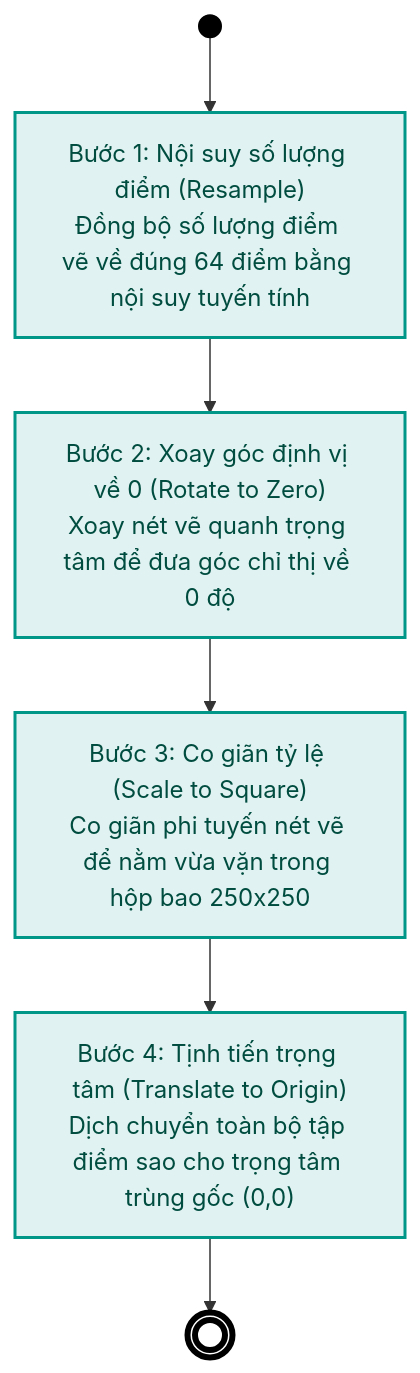
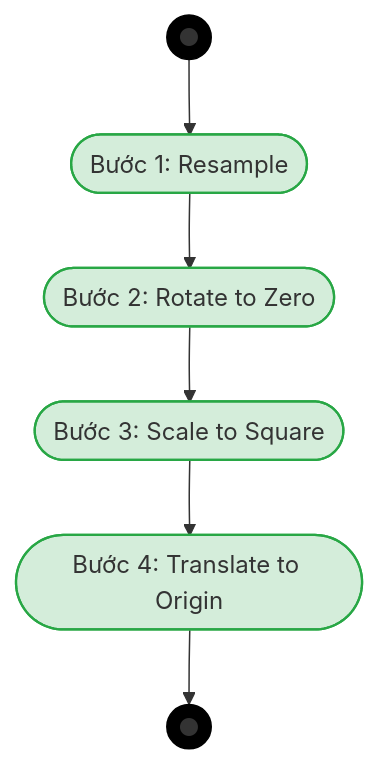
Before and after one commit to MinhTrinh04/ASL: the diagram in docs/DATN/10-Chương_3_Nền_tảng_lý_thuyết_và_công_nghệ.md, drawn with Mermaid.

Commit message:
update 3.3 diagram

````diff
--- a/docs/DATN/10-Chương_3_Nền_tảng_lý_thuyết_và_công_nghệ.md
+++ b/docs/DATN/10-Chương_3_Nền_tảng_lý_thuyết_và_công_nghệ.md
@@ -45,14 +45,15 @@
 ```mermaid
 flowchart TD
-    StartNode(( )) --> Step1["Bước 1: Nội suy số lượng điểm (Resample)<br/>Đồng bộ số lượng điểm vẽ về đúng 64 điểm bằng nội suy tuyến tính"]
-    Step1 --> Step2["Bước 2: Xoay góc định vị về 0 (Rotate to Zero)<br/>Xoay nét vẽ quanh trọng tâm để đưa góc chỉ thị về 0 độ"]
-    Step2 --> Step3["Bước 3: Co giãn tỷ lệ (Scale to Square)<br/>Co giãn phi tuyến nét vẽ để nằm vừa vặn trong hộp bao 250x250"]
-    Step3 --> Step4["Bước 4: Tịnh tiến trọng tâm (Translate to Origin)<br/>Dịch chuyển toàn bộ tập điểm sao cho trọng tâm trùng gốc (0,0)"]
-    Step4 --> EndNode((( )))
+    StartNode((●)) --> Step1([Bước 1: Resample])
+    Step1 --> Step2([Bước 2: Rotate to Zero])
+    Step2 --> Step3([Bước 3: Scale to Square])
+    Step3 --> Step4([Bước 4: Translate to Origin])
+    Step4 --> EndNode((●))
 
-    %% Custom styling for UML Activity Diagram
-    style StartNode fill:#000000,stroke:#000000,width:20px,height:20px
-    style EndNode fill:#FFFFFF,stroke:#000000,stroke-width:4px,width:20px,height:20px
-    classDef activity fill:#E0F2F1,stroke:#009688,stroke-width:2px,color:#004D40;
-    class Step1,Step2,Step3,Step4 activity;
+    %% Định dạng CSS đơn giản giống hình mẫu
+    classDef startEnd fill:#000,stroke:#000,stroke-width:1px;
+    classDef greenNode fill:#d4edda,stroke:#28a745,stroke-width:1.5px,rx:8px,ry:8px;
+    
+    class StartNode,EndNode startEnd;
+    class Step1,Step2,Step3,Step4 greenNode;
 ```
````
